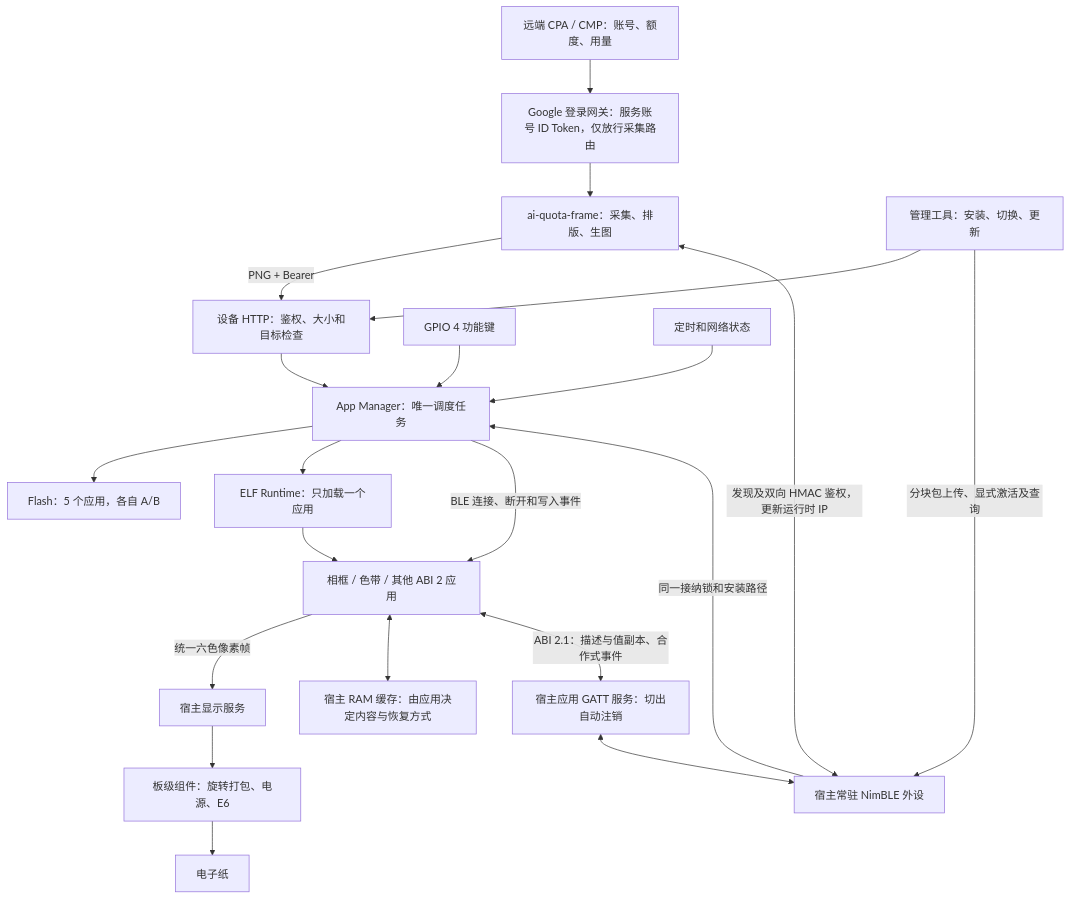
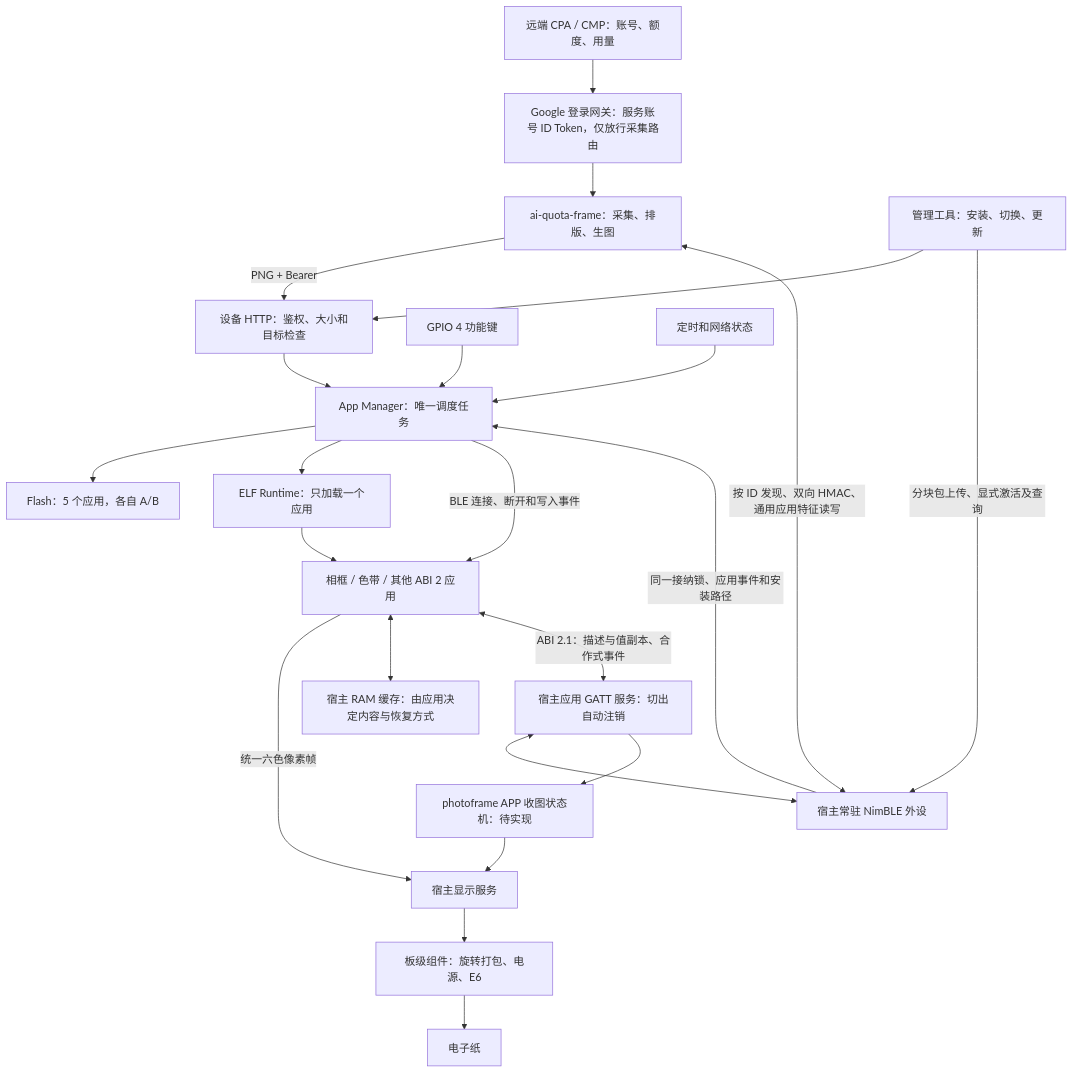
One commit to M1nt-Ch0c0/esp32s3 changed the first of 3 diagrams in ARCHITECTURE.md. Above: the diagram before and after it, drawn with Mermaid. The commit also changed other lines of this file and 21 other files, not shown here.

````diff
--- a/ARCHITECTURE.md
+++ b/ARCHITECTURE.md
@@ -18,23 +20,25 @@
 ```mermaid
 flowchart TB
     API[远端 CPA / CMP：账号、额度、用量] --> Gateway[Google 登录网关：服务账号 ID Token，仅放行采集路由]
     Gateway --> PC[ai-quota-frame：采集、排版、生图]
     PC -->|PNG + Bearer| HTTP[设备 HTTP：鉴权、大小和目标检查]
     CLI[管理工具：安装、切换、更新] --> HTTP
-    PC <-->|发现及双向 HMAC 鉴权，更新运行时 IP| BLE[宿主常驻 NimBLE 外设]
+    PC <-->|按 ID 发现、双向 HMAC、通用应用特征读写| BLE[宿主常驻 NimBLE 外设]
     CLI -->|分块包上传、显式激活及查询| BLE
     HTTP --> Manager[App Manager：唯一调度任务]
-    BLE -->|同一接纳锁和安装路径| Manager
+    BLE -->|同一接纳锁、应用事件和安装路径| Manager
     Key[GPIO 4 功能键] --> Manager
     Events[定时和网络状态] --> Manager
     Manager --> Catalog[Flash：5 个应用，各自 A/B]
     Manager --> Loader[ELF Runtime：只加载一个应用]
     Loader --> App[相框 / 色带 / 其他 ABI 2 应用]
     App -->|统一六色像素帧| Services[宿主显示服务]
     Services --> Board[板级组件：旋转打包、电源、E6]
     Board --> Panel[电子纸]
     App <--> Cache[宿主 RAM 缓存：由应用决定内容与恢复方式]
     App <-->|ABI 2.1：描述与值副本、合作式事件| AppBLE[宿主应用 GATT 服务：切出自动注销]
     AppBLE <--> BLE
+    AppBLE --> AppRx[photoframe APP 收图状态机：待实现]
+    AppRx --> Services
     Manager -->|BLE 连接、断开和写入事件| App
 ```
````
